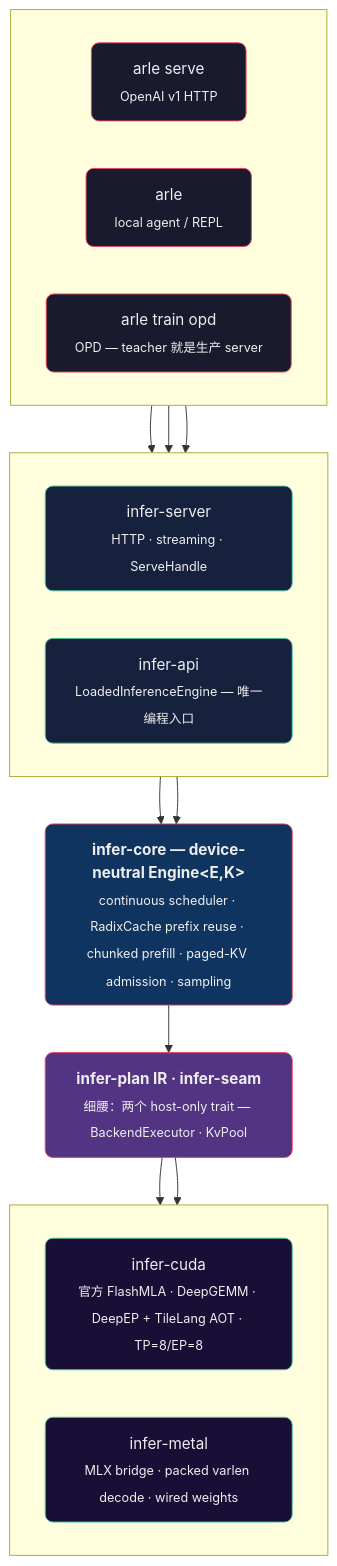
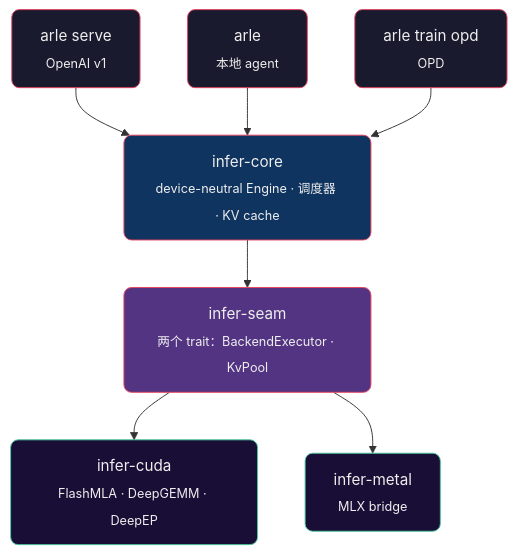
Before and after one commit to acupof-ai/arle: the diagram in README.zh-CN.md, drawn with Mermaid. The commit also changed other lines of this file and 1 other file, not shown here.

Commit message:
docs: simplify README architecture diagrams — smaller, fewer nodes
Collapse the three subgraphs and the separate infer-api/infer-server layer
into a clean 4-row flow (surfaces → core → seam → backends). Shorter labels,
no subgraph boxes, one less color class. EN + ZH synced.

````diff
--- a/README.zh-CN.md
+++ b/README.zh-CN.md
@@ -119,46 +119,30 @@
 ```mermaid
 flowchart TB
   classDef entry fill:#1a1a2e,stroke:#e94560,color:#eee,rx:8,ry:8
-  classDef serve fill:#16213e,stroke:#4ecca3,color:#eee,rx:8,ry:8
   classDef core fill:#0f3460,stroke:#e94560,color:#eee,rx:8,ry:8
   classDef seam fill:#533483,stroke:#e94560,color:#eee,rx:8,ry:8
   classDef exec fill:#190e36,stroke:#4ecca3,color:#eee,rx:8,ry:8
 
-  subgraph Surfaces[" "]
-    direction LR
-    Serve["arle serve<br/><sub>OpenAI v1 HTTP</sub>"]
-    Agent["arle<br/><sub>local agent / REPL</sub>"]
-    Train["arle train opd<br/><sub>OPD — teacher 就是生产 server</sub>"]
-  end
+  Serve["arle serve<br/><sub>OpenAI v1</sub>"]
+  Agent["arle<br/><sub>本地 agent</sub>"]
+  Train["arle train opd<br/><sub>OPD</sub>"]
 
-  subgraph Serving[" "]
-    direction LR
-    Server["infer-server<br/><sub>HTTP · streaming · ServeHandle</sub>"]
-    API["infer-api<br/><sub>LoadedInferenceEngine — 唯一编程入口</sub>"]
-  end
+  Core["infer-core<br/><sub>device-neutral Engine · 调度器 · KV cache</sub>"]
 
-  Core["<b>infer-core — device-neutral Engine&lt;E,K&gt;</b><br/><sub>continuous scheduler · RadixCache prefix reuse · chunked prefill · paged-KV admission · sampling</sub>"]
+  Seam["infer-seam<br/><sub>两个 trait：BackendExecutor · KvPool</sub>"]
 
-  Seam["<b>infer-plan IR · infer-seam</b><br/><sub>细腰：两个 host-only trait — BackendExecutor · KvPool</sub>"]
+  CUDA["infer-cuda<br/><sub>FlashMLA · DeepGEMM · DeepEP</sub>"]
+  Metal["infer-metal<br/><sub>MLX bridge</sub>"]
 
-  subgraph Exec[" "]
-    direction LR
-    CUDA["infer-cuda<br/><sub>官方 FlashMLA · DeepGEMM · DeepEP + TileLang AOT · TP=8/EP=8</sub>"]
-    Metal["infer-metal<br/><sub>MLX bridge · packed varlen decode · wired weights</sub>"]
-  end
-
-  Serve --> Server
-  Agent --> API
-  Train --> API
-  Server --> Core
-  API --> Core
+  Serve --> Core
+  Agent --> Core
+  Train --> Core
   Core --> Seam
   Seam --> CUDA
   Seam --> Metal
 
   class Serve,Agent,Train entry
-  class Server,API serve
   class Core core
   class Seam seam
   class CUDA,Metal exec
 ```
````
